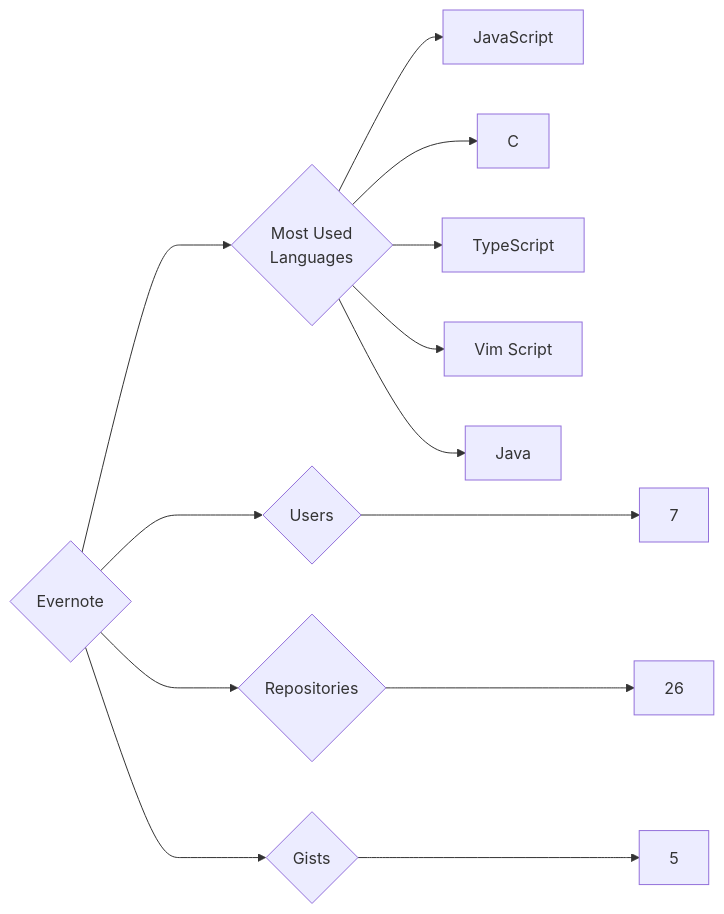
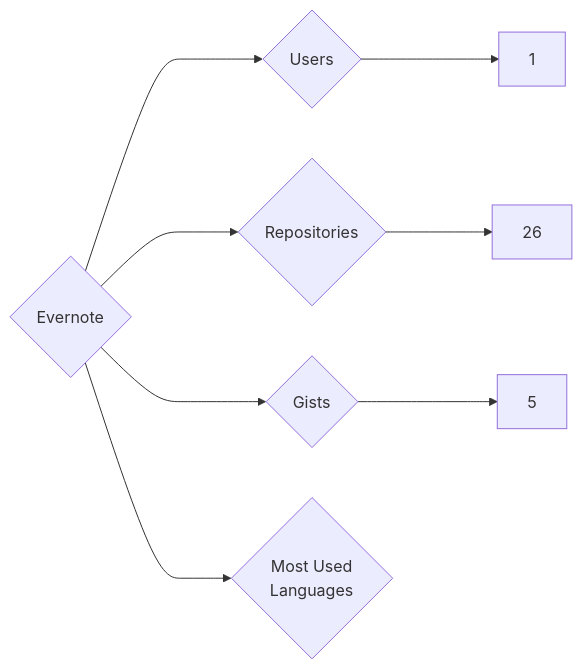
One commit to trickest/insiders changed the diagram in targets/Evernote/README.md. Above: the diagram before and after it, drawn with Mermaid. The commit also changed 840 other files, not shown here.

````diff
--- a/targets/Evernote/README.md
+++ b/targets/Evernote/README.md
@@ -3,13 +3,8 @@
 ```mermaid
 graph LR
 COMPANY_NAME{Evernote}
-COMPANY_NAME ---> U{Users} ---> UN[7]
+COMPANY_NAME ---> U{Users} ---> UN[1]
 COMPANY_NAME ---> R{Repositories} ---> RN[26]
 COMPANY_NAME ---> G{Gists} ---> GN[5]
 COMPANY_NAME ---> ML{Most Used<br>Languages}
-ML --> JavaScript[JavaScript]
-ML --> C[C]
-ML --> TypeScript[TypeScript]
-ML --> Vim_Script[Vim Script]
-ML --> Java[Java]
 ```
````
